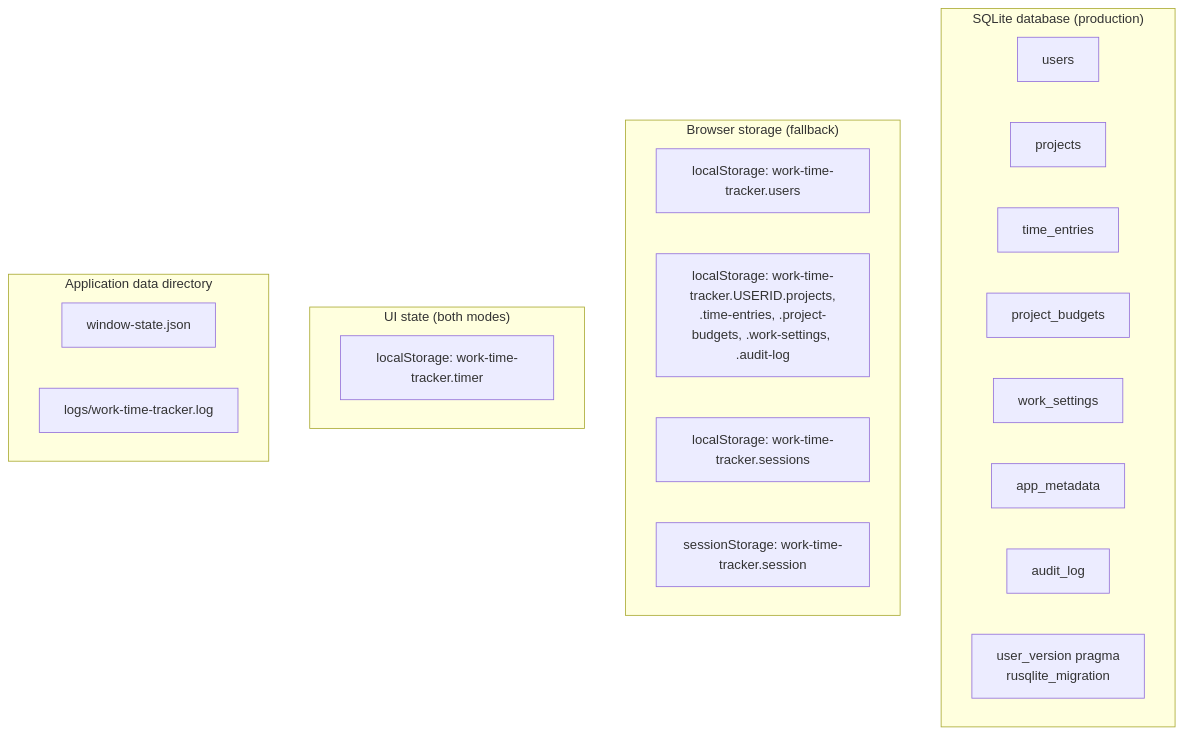
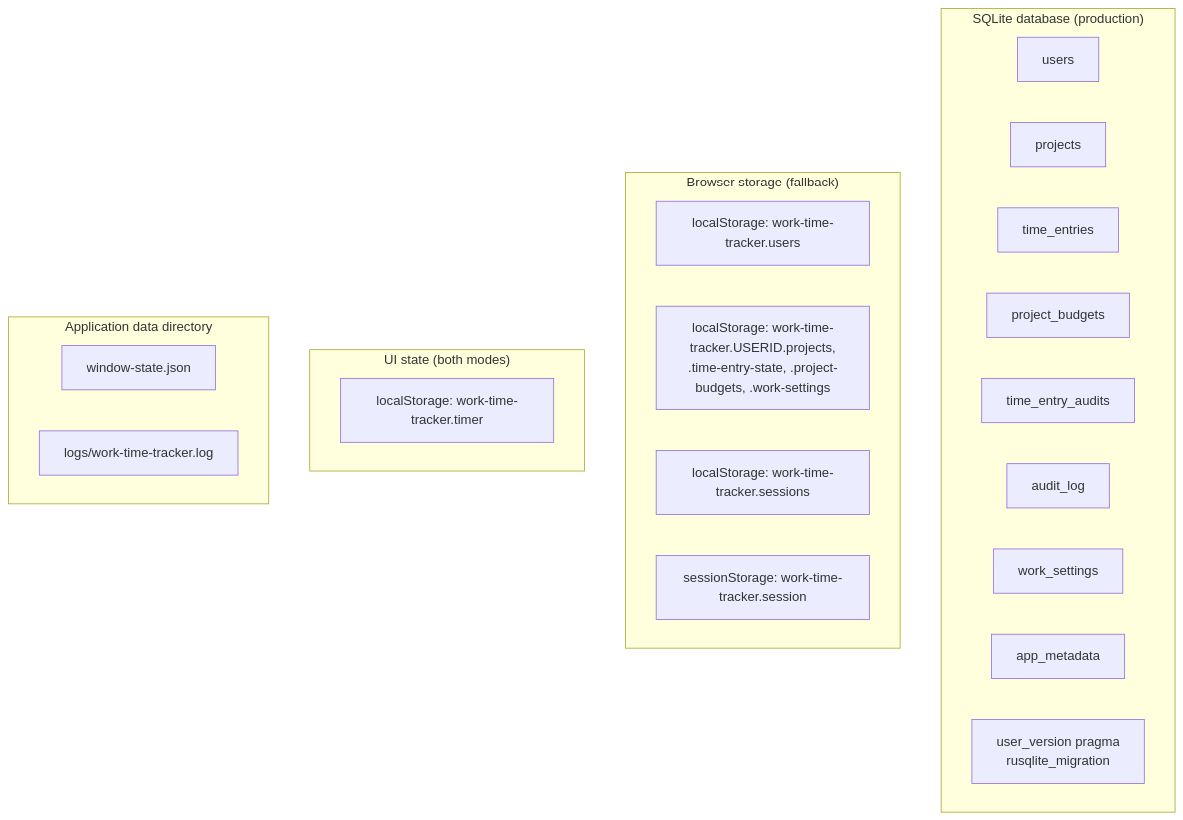
Before and after one commit to serious6/WorkTimeTracker: the second of 3 diagrams in docs/data-model.md, drawn with Mermaid. The commit also changed other lines of this file and 59 other files, not shown here.

````diff
--- a/docs/data-model.md
+++ b/docs/data-model.md
@@ -33,29 +33,30 @@
 ```mermaid
 flowchart TB
   subgraph sqlite["SQLite database (production)"]
     users_t["users"]
     projects_t["projects"]
     entries_t["time_entries"]
     budgets_t["project_budgets"]
+    audits_t["time_entry_audits"]
+    audit_log_t["audit_log"]
     settings_t["work_settings"]
     meta_t["app_metadata"]
-    audit_t["audit_log"]
     version_t["user_version pragma<br/>rusqlite_migration"]
   end
 
   subgraph browser["Browser storage (fallback)"]
     ls_users["localStorage: work-time-tracker.users"]
-    ls_scoped["localStorage: work-time-tracker.USERID.projects,<br/>.time-entries, .project-budgets, .work-settings, .audit-log"]
+    ls_scoped["localStorage: work-time-tracker.USERID.projects,<br/>.time-entry-state, .project-budgets, .work-settings"]
     ls_sessions["localStorage: work-time-tracker.sessions"]
     ss_session["sessionStorage: work-time-tracker.session"]
   end
 
   subgraph ui["UI state (both modes)"]
     ls_timer["localStorage: work-time-tracker.timer"]
   end
 
   subgraph fs["Application data directory"]
     win["window-state.json"]
     log["logs/work-time-tracker.log"]
   end
 ```
````
